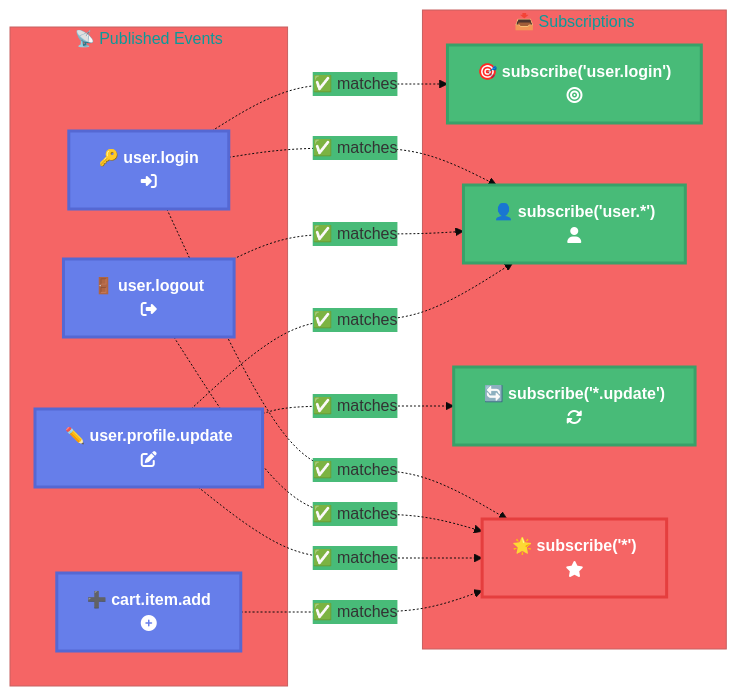
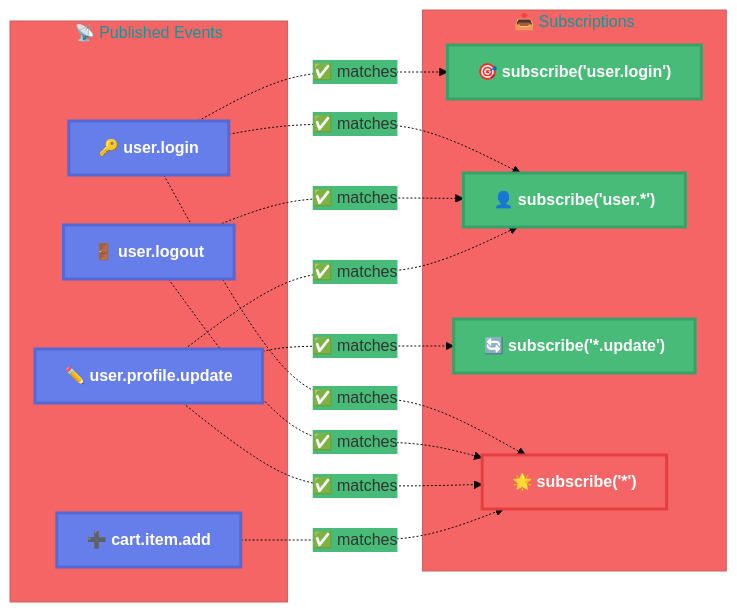
The fourth of 10 diagrams in docs/books/learning-larc/diagrams/05-pan-bus.md (larcjs/larc), drawn with Mermaid before and after one commit. The commit also changed other lines of this file and 1 other file, not shown here.

First line of the commit message:
fix: remove FontAwesome icon references from diagrams

````diff
--- a/docs/books/learning-larc/diagrams/05-pan-bus.md
+++ b/docs/books/learning-larc/diagrams/05-pan-bus.md
@@ -133,38 +133,38 @@
 ```mermaid
 %%{init: {'theme':'base', 'themeVariables': { 'primaryColor':'#667eea','secondaryColor':'#48bb78','tertiaryColor':'#f56565'}}}%%
 graph LR
     subgraph Events["📡 Published Events"]
-        E1["🔑 user.login<br/>fa:fa-sign-in-alt"]
-        E2["🚪 user.logout<br/>fa:fa-sign-out-alt"]
-        E3["✏️ user.profile.update<br/>fa:fa-edit"]
-        E4["➕ cart.item.add<br/>fa:fa-plus-circle"]
+        E1["🔑 user.login"]
+        E2["🚪 user.logout"]
+        E3["✏️ user.profile.update"]
+        E4["➕ cart.item.add"]
     end
 
     subgraph Subs["📥 Subscriptions"]
-        S1["🎯 subscribe('user.login')<br/>fa:fa-bullseye"]
-        S2["👤 subscribe('user.*')<br/>fa:fa-user"]
-        S3["🔄 subscribe('*.update')<br/>fa:fa-sync-alt"]
-        S4["🌟 subscribe('*')<br/>fa:fa-star"]
+        S1["🎯 subscribe('user.login')"]
+        S2["👤 subscribe('user.*')"]
+        S3["🔄 subscribe('*.update')"]
+        S4["🌟 subscribe('*')"]
     end
 
     E1 -.✅ matches.-> S1
     E1 -.✅ matches.-> S2
     E1 -.✅ matches.-> S4
 
     E2 -.✅ matches.-> S2
     E2 -.✅ matches.-> S4
 
     E3 -.✅ matches.-> S2
     E3 -.✅ matches.-> S3
     E3 -.✅ matches.-> S4
 
     E4 -.✅ matches.-> S4
 
     classDef event fill:#667eea,stroke:#5568d3,stroke-width:3px,color:#fff,font-weight:bold
     classDef specific fill:#48bb78,stroke:#38a169,stroke-width:3px,color:#fff,font-weight:bold
     classDef catchall fill:#f56565,stroke:#e53e3e,stroke-width:3px,color:#fff,font-weight:bold
 
     class E1,E2,E3,E4 event
     class S1,S2,S3 specific
     class S4 catchall
 ```
````
